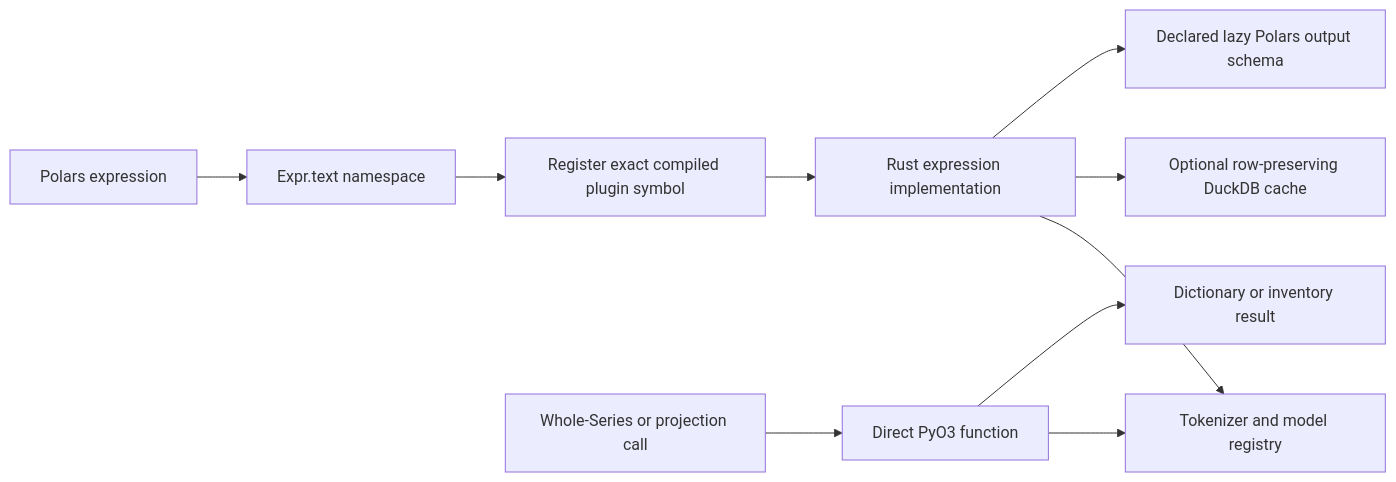
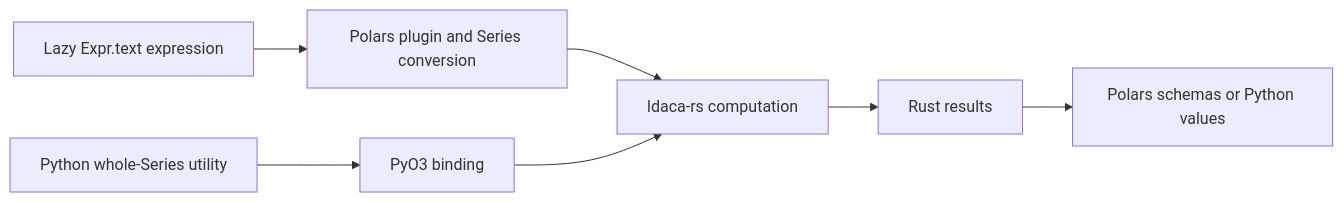
One commit to Australian-Text-Analytics-Platform/ldaca-wordflow changed the diagram in docs/architecture/packages/polars-text.md. Above: the diagram before and after it, drawn with Mermaid. The commit also changed other lines of this file and 2241 other files, not shown here.

````diff
--- a/docs/architecture/packages/polars-text.md
+++ b/docs/architecture/packages/polars-text.md
@@ -7,13 +6,9 @@
 ```mermaid
 flowchart LR
-    CALLER["Polars expression"] --> PYTHON["Expr.text namespace"]
-    PYTHON --> REGISTER["Register exact compiled plugin symbol"]
-    REGISTER --> RUST["Rust expression implementation"]
-    RUST --> TOKENIZER["Tokenizer and model registry"]
-    RUST --> CACHE["Optional row-preserving DuckDB cache"]
-    RUST --> OUTPUT["Declared lazy Polars output schema"]
-
-    DIRECT["Whole-Series or projection call"] --> PYO3["Direct PyO3 function"]
-    PYO3 --> TOKENIZER
-    PYO3 --> DIRECT_OUTPUT["Dictionary or inventory result"]
+    Expression["Lazy Expr.text expression"] --> Adapter["Polars plugin and Series conversion"]
+    Direct["Python whole-Series utility"] --> Binding["PyO3 binding"]
+    Adapter --> Core["ldaca-rs computation"]
+    Binding --> Core
+    Core --> Result["Rust results"]
+    Result --> Output["Polars schemas or Python values"]
 ```
````
